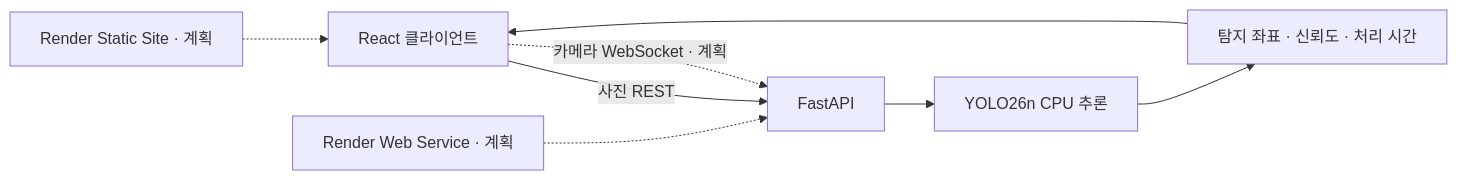
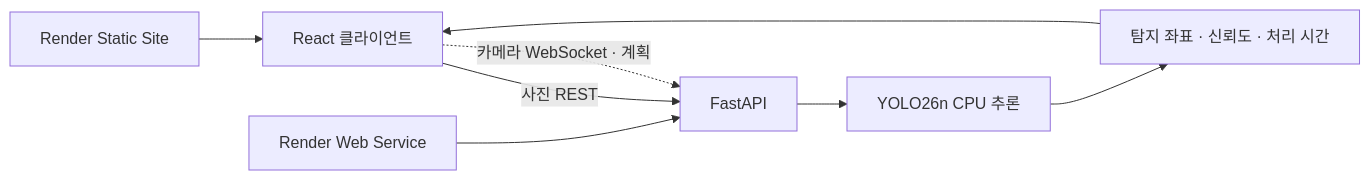
The diagram in README.md (t3849411-source/yolo_detect_project02), drawn with Mermaid before and after one commit. The commit also changed other lines of this file and 4 other files, not shown here.

````diff
--- a/README.md
+++ b/README.md
@@ -51,10 +54,10 @@
 ```mermaid
 flowchart LR
     A[React 클라이언트] -->|사진 REST| B[FastAPI]
     A -.->|카메라 WebSocket · 계획| B
     B --> C[YOLO26n CPU 추론]
     C --> D[탐지 좌표 · 신뢰도 · 처리 시간]
     D --> A
-    E[Render Static Site · 계획] -.-> A
-    F[Render Web Service · 계획] -.-> B
+    E[Render Static Site] --> A
+    F[Render Web Service] --> B
 ```
````
